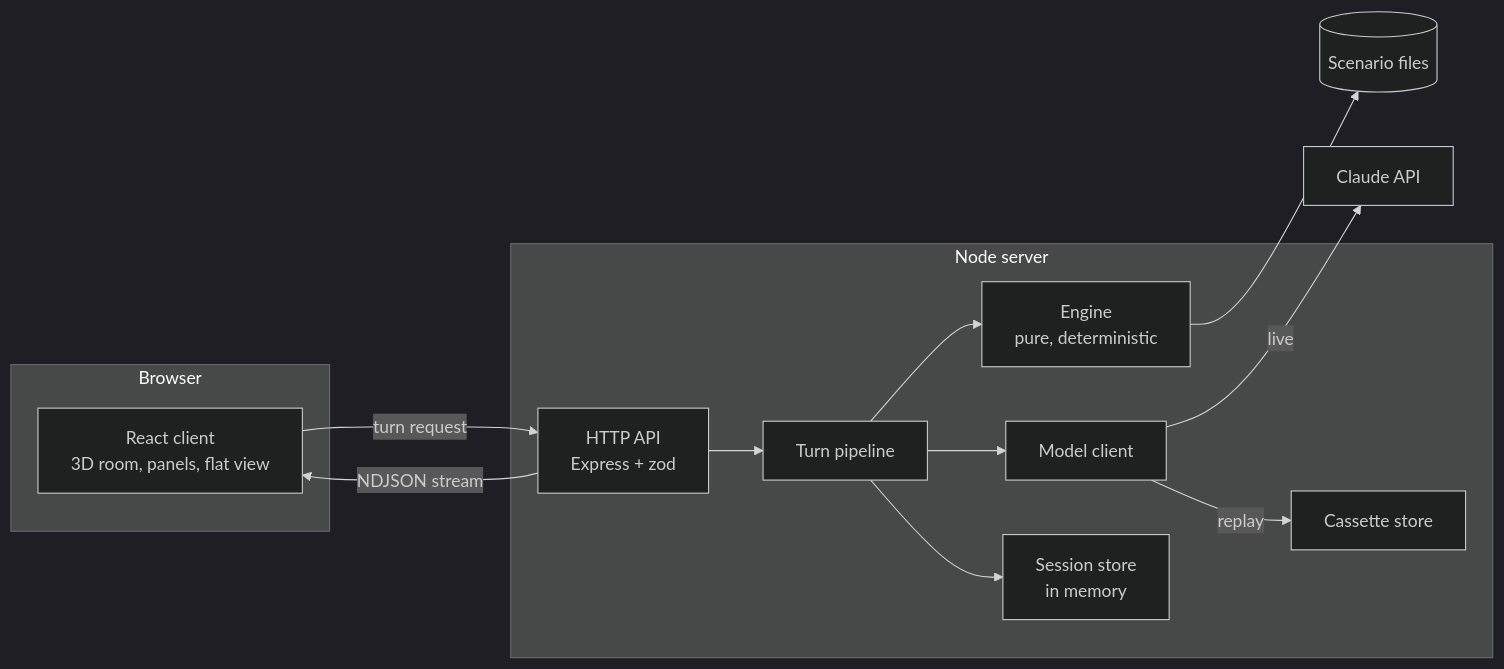
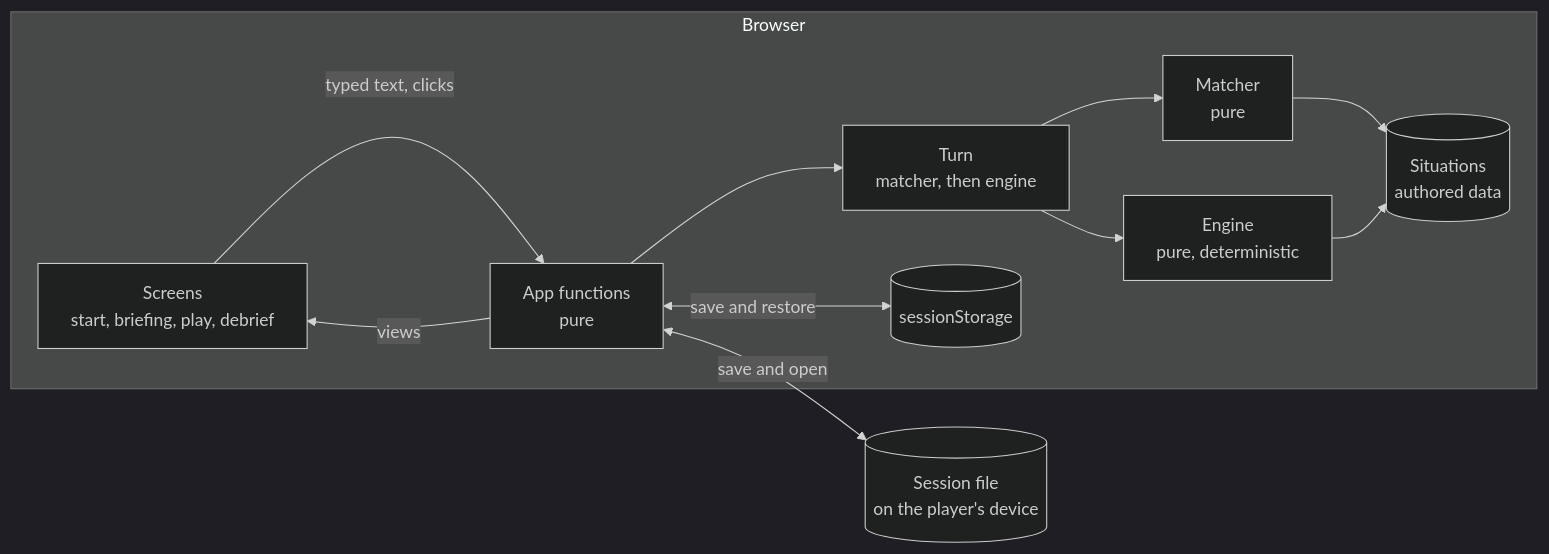
Before and after one commit to futuresfsake/BrownOut: the first of 3 diagrams in docs/03-design/high-level-design.md, drawn with Mermaid (dark theme). The commit also changed other lines of this file and 61 other files, not shown here.

First line of the commit message:
feat: debrief timeline, saved sessions and replay for milestone M4

````diff
--- a/docs/03-design/high-level-design.md
+++ b/docs/03-design/high-level-design.md
@@ -7,26 +7,23 @@
 ```mermaid
 flowchart LR
   subgraph Browser
-    UI[React client<br/>3D room, panels, flat view]
+    UI[Screens<br/>start, briefing, play, debrief]
+    APP[App functions<br/>pure]
+    GAME[Turn<br/>matcher, then engine]
+    MATCH[Matcher<br/>pure]
+    ENG[Engine<br/>pure, deterministic]
+    SCN[(Situations<br/>authored data)]
+    TAB[(sessionStorage)]
   end
-  subgraph Server[Node server]
-    API[HTTP API<br/>Express + zod]
-    SESS[Session store<br/>in memory]
-    PIPE[Turn pipeline]
-    ENG[Engine<br/>pure, deterministic]
-    MC[Model client]
-    CASS[Cassette store]
-  end
-  SCN[(Scenario files)]
-  LLM[Claude API]
+  FILE[(Session file<br/>on the player's device)]
 
-  UI -- turn request --> API
-  API -- NDJSON stream --> UI
-  API --> PIPE
-  PIPE --> ENG
-  PIPE --> MC
-  MC -- live --> LLM
-  MC -- replay --> CASS
+  UI -- typed text, clicks --> APP
+  APP --> GAME
+  GAME --> MATCH
+  GAME --> ENG
+  MATCH --> SCN
   ENG --> SCN
-  PIPE --> SESS
+  APP -- views --> UI
+  APP <-- save and restore --> TAB
+  APP <-- save and open --> FILE
 ```
````
